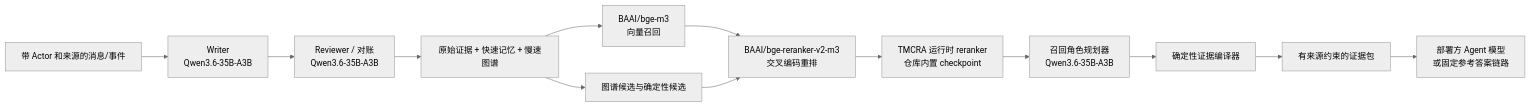
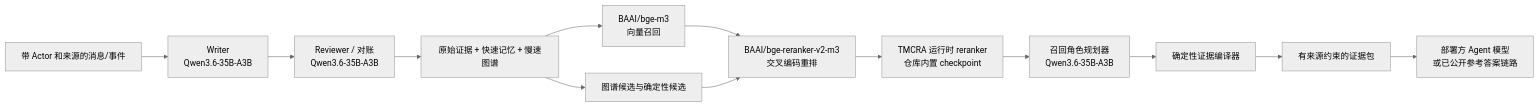
The diagram in docs/PRODUCTION_MODEL_STACK.zh-CN.md (reshuibuduo/tmcra), drawn with Mermaid (neutral theme) before and after one commit. The commit also changed other lines of this file and 67 other files, not shown here.

````diff
--- a/docs/PRODUCTION_MODEL_STACK.zh-CN.md
+++ b/docs/PRODUCTION_MODEL_STACK.zh-CN.md
@@ -13,22 +13,22 @@
 ```mermaid
 flowchart LR
   EVENT["带 Actor 和来源的消息/事件"]
   WRITER["Writer<br/>Qwen3.6-35B-A3B"]
   REVIEW["Reviewer / 对账<br/>Qwen3.6-35B-A3B"]
   STORE["原始证据 + 快速记忆 + 慢速图谱"]
   EMBED["BAAI/bge-m3<br/>向量召回"]
   GRAPH["图谱候选与确定性候选"]
   VR["TMCRA 运行时 reranker<br/>仓库内置 checkpoint"]
   CROSS["BAAI/bge-reranker-v2-m3<br/>交叉编码重排"]
   PLAN["召回角色规划器<br/>Qwen3.6-35B-A3B"]
   COMPILE["确定性证据编译器"]
   PACK["有来源约束的证据包"]
-  AGENT["部署方 Agent 模型<br/>或固定参考答案链路"]
+  AGENT["部署方 Agent 模型<br/>或已公开参考答案链路"]
 
   EVENT --> WRITER --> REVIEW --> STORE
   STORE --> EMBED
   STORE --> GRAPH
   EMBED --> CROSS
   GRAPH --> CROSS
   CROSS --> VR --> PLAN --> COMPILE --> PACK --> AGENT
 ```
````
